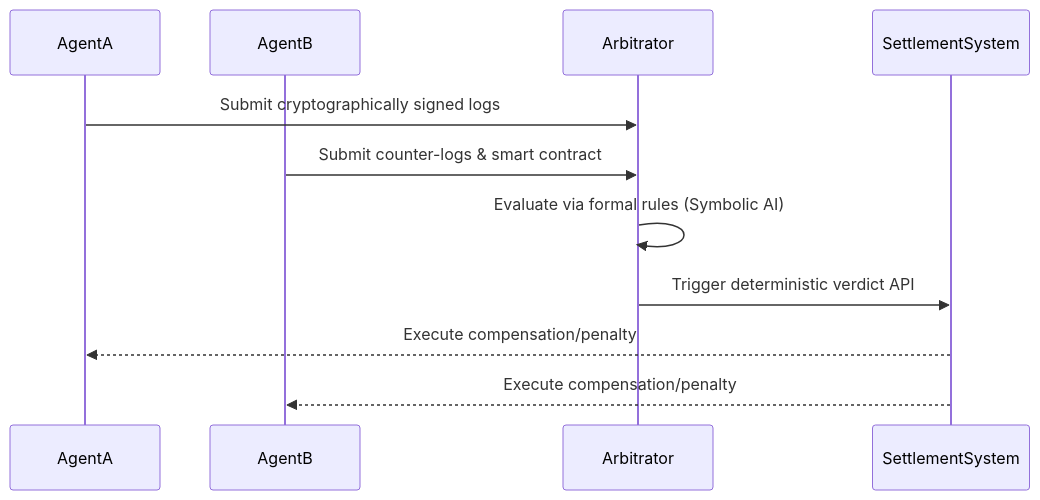
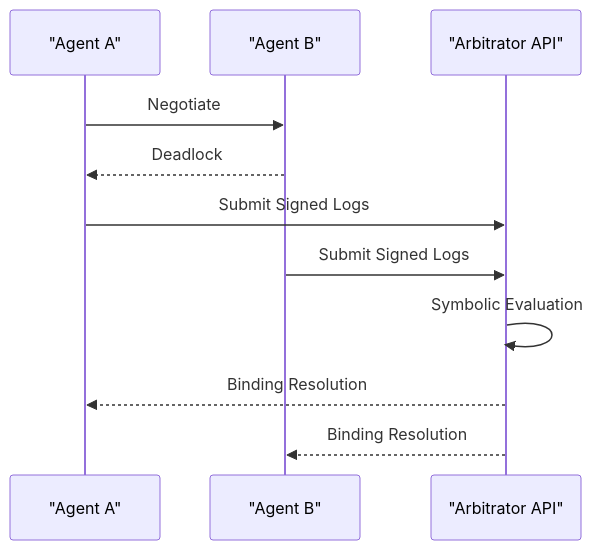
Before and after one commit to flouzzy/top-100-ai-startup-ideas: the second of 2 diagrams in ideas/agent-arbitrator-protocol/README.md, drawn with Mermaid. The commit also changed other lines of this file and 41 other files, not shown here.

````diff
--- a/ideas/agent-arbitrator-protocol/README.md
+++ b/ideas/agent-arbitrator-protocol/README.md
@@ -38,13 +41,13 @@
 ```mermaid
 sequenceDiagram
-    participant AgentA
-    participant AgentB
-    participant Arbitrator
-    participant SettlementSystem
-    AgentA->>Arbitrator: Submit cryptographically signed logs
-    AgentB->>Arbitrator: Submit counter-logs & smart contract
-    Arbitrator->>Arbitrator: Evaluate via formal rules (Symbolic AI)
-    Arbitrator->>SettlementSystem: Trigger deterministic verdict API
-    SettlementSystem-->>AgentA: Execute compensation/penalty
-    SettlementSystem-->>AgentB: Execute compensation/penalty
+    participant A as "Agent A"
+    participant B as "Agent B"
+    participant Arb as "Arbitrator API"
+    A->>B: Negotiate
+    B-->>A: Deadlock
+    A->>Arb: Submit Signed Logs
+    B->>Arb: Submit Signed Logs
+    Arb->>Arb: Symbolic Evaluation
+    Arb-->>A: Binding Resolution
+    Arb-->>B: Binding Resolution
 ```
````
